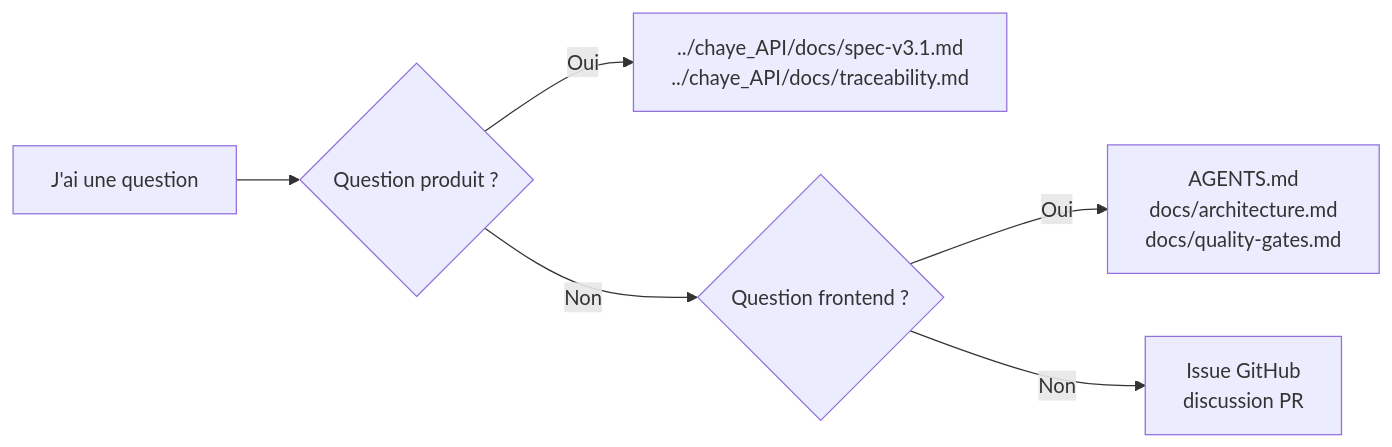
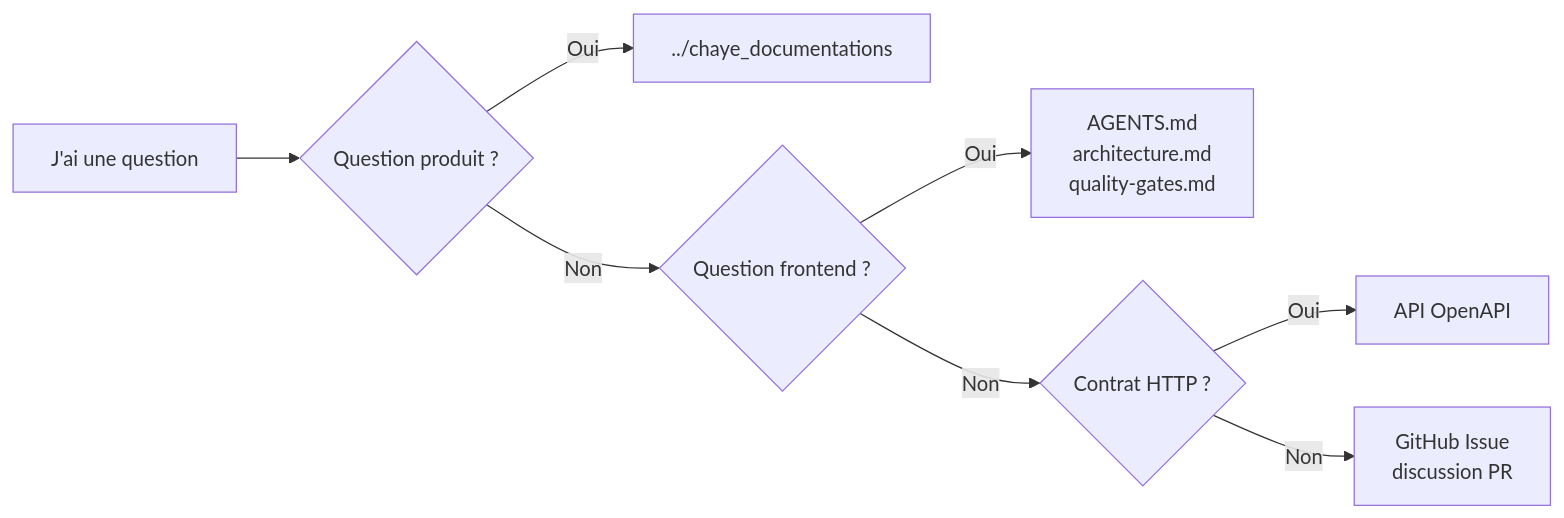
Before and after one commit to Chaye-parcel-traveler/chaye_web_frontend: the tenth of 10 diagrams in README.md, drawn with Mermaid. The commit also changed other lines of this file and 17 other files, not shown here.

````diff
--- a/README.md
+++ b/README.md
@@ -335,8 +339,10 @@
 ```mermaid
 flowchart LR
     Need["J'ai une question"] --> Product{"Question produit ?"}
-    Product -- Oui --> Spec["../chaye_API/docs/spec-v3.1.md<br/>../chaye_API/docs/traceability.md"]
+    Product -- Oui --> Spec["../chaye_documentations"]
     Product -- Non --> Front{"Question frontend ?"}
-    Front -- Oui --> Docs["AGENTS.md<br/>docs/architecture.md<br/>docs/quality-gates.md"]
-    Front -- Non --> Issue["Issue GitHub<br/>discussion PR"]
+    Front -- Oui --> Docs["AGENTS.md<br/>architecture.md<br/>quality-gates.md"]
+    Front -- Non --> Contract{"Contrat HTTP ?"}
+    Contract -- Oui --> OpenAPI["API OpenAPI"]
+    Contract -- Non --> Issue["GitHub Issue<br/>discussion PR"]
 ```
````
